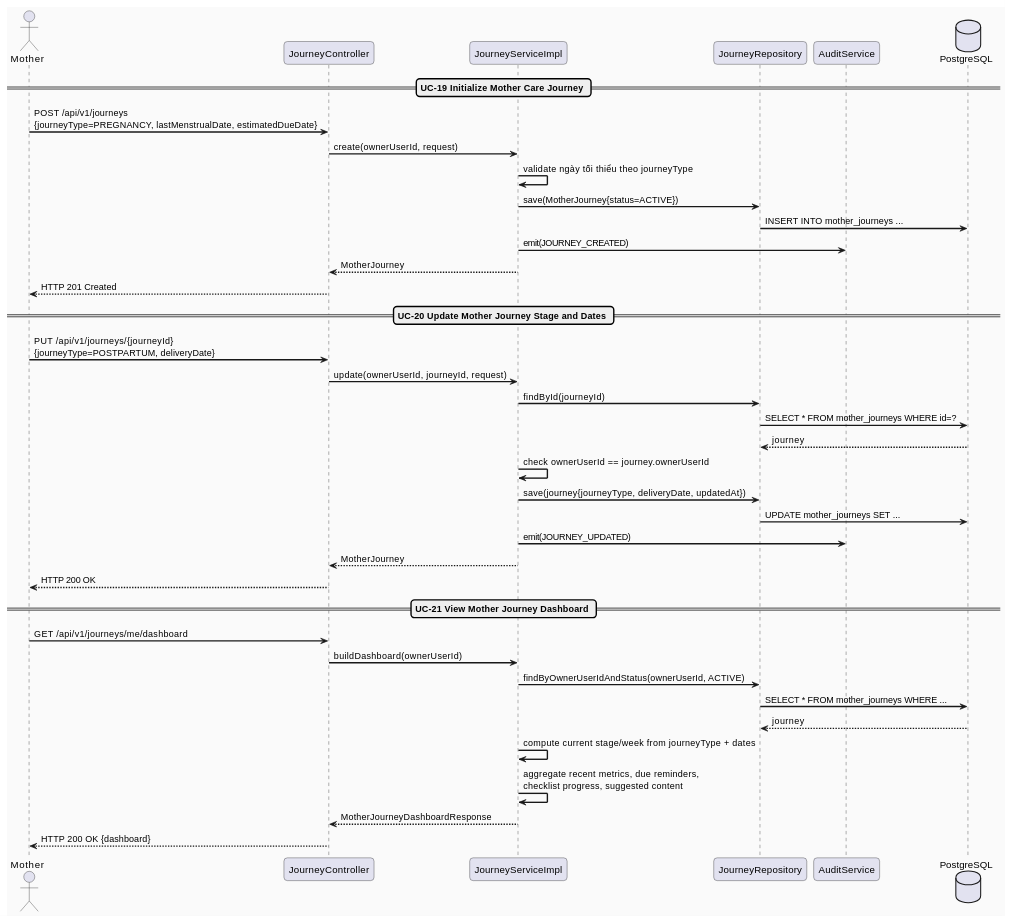
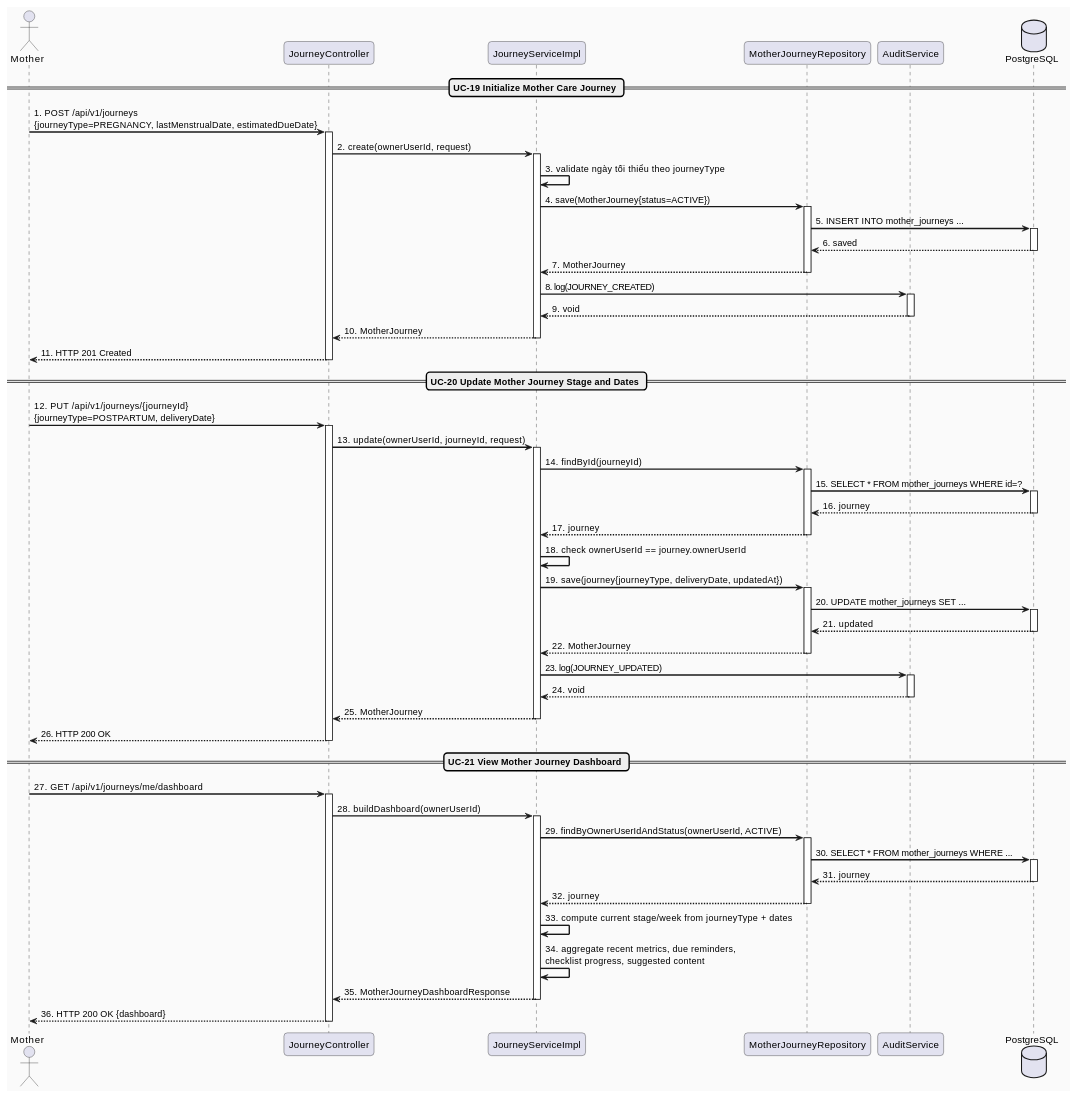
The second of 3 diagrams in docs/Detailed_Design/MF02_Mother_Care_Journey/01_Mother_Journey_Lifecycle_Dashboard.md (ChuongBDHE172784/CareBridge_SEP490_G79), drawn with PlantUML before and after one commit. The commit also changed 29 other files, not shown here.

Commit message:
feat: add detailed sequence diagrams to documentation and standardize service-layer interaction flows across modules

````diff
--- a/docs/Detailed_Design/MF02_Mother_Care_Journey/01_Mother_Journey_Lifecycle_Dashboard.md
+++ b/docs/Detailed_Design/MF02_Mother_Care_Journey/01_Mother_Journey_Lifecycle_Dashboard.md
@@ -130,43 +130,83 @@
 actor "Mother" as M
 participant "JourneyController" as Controller
 participant "JourneyServiceImpl" as Service
-participant "JourneyRepository" as Repo
+participant "MotherJourneyRepository" as Repo
 participant "AuditService" as Audit
 database "PostgreSQL" as DB
 
 == UC-19 Initialize Mother Care Journey ==
-M -> Controller : POST /api/v1/journeys\n{journeyType=PREGNANCY, lastMenstrualDate, estimatedDueDate}
-Controller -> Service : create(ownerUserId, request)
-Service -> Service : validate ngày tối thiểu theo journeyType
-Service -> Repo : save(MotherJourney{status=ACTIVE})
-Repo -> DB : INSERT INTO mother_journeys ...
-Service -> Audit : emit(JOURNEY_CREATED)
-Service --> Controller : MotherJourney
-Controller --> M : HTTP 201 Created
+M -> Controller : 1. POST /api/v1/journeys\n{journeyType=PREGNANCY, lastMenstrualDate, estimatedDueDate}
+activate Controller
+Controller -> Service : 2. create(ownerUserId, request)
+activate Service
+Service -> Service : 3. validate ngày tối thiểu theo journeyType
+Service -> Repo : 4. save(MotherJourney{status=ACTIVE})
+activate Repo
+Repo -> DB : 5. INSERT INTO mother_journeys ...
+activate DB
+DB --> Repo : 6. saved
+deactivate DB
+Repo --> Service : 7. MotherJourney
+deactivate Repo
+Service -> Audit : 8. log(JOURNEY_CREATED)
+activate Audit
+Audit --> Service : 9. void
+deactivate Audit
+Service --> Controller : 10. MotherJourney
+deactivate Service
+Controller --> M : 11. HTTP 201 Created
+deactivate Controller
 
 == UC-20 Update Mother Journey Stage and Dates ==
-M -> Controller : PUT /api/v1/journeys/{journeyId}\n{journeyType=POSTPARTUM, deliveryDate}
-Controller -> Service : update(ownerUserId, journeyId, request)
-Service -> Repo : findById(journeyId)
-Repo -> DB : SELECT * FROM mother_journeys WHERE id=?
-DB --> Repo : journey
-Service -> Service : check ownerUserId == journey.ownerUserId
-Service -> Repo : save(journey{journeyType, deliveryDate, updatedAt})
-Repo -> DB : UPDATE mother_journeys SET ...
-Service -> Audit : emit(JOURNEY_UPDATED)
-Service --> Controller : MotherJourney
-Controller --> M : HTTP 200 OK
+M -> Controller : 12. PUT /api/v1/journeys/{journeyId}\n{journeyType=POSTPARTUM, deliveryDate}
+activate Controller
+Controller -> Service : 13. update(ownerUserId, journeyId, request)
+activate Service
+Service -> Repo : 14. findById(journeyId)
+activate Repo
+Repo -> DB : 15. SELECT * FROM mother_journeys WHERE id=?
+activate DB
+DB --> Repo : 16. journey
+deactivate DB
+Repo --> Service : 17. journey
+deactivate Repo
+Service -> Service : 18. check ownerUserId == journey.ownerUserId
+Service -> Repo : 19. save(journey{journeyType, deliveryDate, updatedAt})
+activate Repo
+Repo -> DB : 20. UPDATE mother_journeys SET ...
+activate DB
+DB --> Repo : 21. updated
+deactivate DB
+Repo --> Service : 22. MotherJourney
+deactivate Repo
+Service -> Audit : 23. log(JOURNEY_UPDATED)
+activate Audit
+Audit --> Service : 24. void
+deactivate Audit
+Service --> Controller : 25. MotherJourney
+deactivate Service
+Controller --> M : 26. HTTP 200 OK
+deactivate Controller
 
 == UC-21 View Mother Journey Dashboard ==
-M -> Controller : GET /api/v1/journeys/me/dashboard
-Controller -> Service : buildDashboard(ownerUserId)
-Service -> Repo : findByOwnerUserIdAndStatus(ownerUserId, ACTIVE)
-Repo -> DB : SELECT * FROM mother_journeys WHERE ...
-DB --> Repo : journey
-Service -> Service : compute current stage/week from journeyType + dates
-Service -> Service : aggregate recent metrics, due reminders,\nchecklist progress, suggested content
-Service --> Controller : MotherJourneyDashboardResponse
-Controller --> M : HTTP 200 OK {dashboard}
+M -> Controller : 27. GET /api/v1/journeys/me/dashboard
+activate Controller
+Controller -> Service : 28. buildDashboard(ownerUserId)
+activate Service
+Service -> Repo : 29. findByOwnerUserIdAndStatus(ownerUserId, ACTIVE)
+activate Repo
+Repo -> DB : 30. SELECT * FROM mother_journeys WHERE ...
+activate DB
+DB --> Repo : 31. journey
+deactivate DB
+Repo --> Service : 32. journey
+deactivate Repo
+Service -> Service : 33. compute current stage/week from journeyType + dates
+Service -> Service : 34. aggregate recent metrics, due reminders,\nchecklist progress, suggested content
+Service --> Controller : 35. MotherJourneyDashboardResponse
+deactivate Service
+Controller --> M : 36. HTTP 200 OK {dashboard}
+deactivate Controller
 
 @enduml
 ```
````
